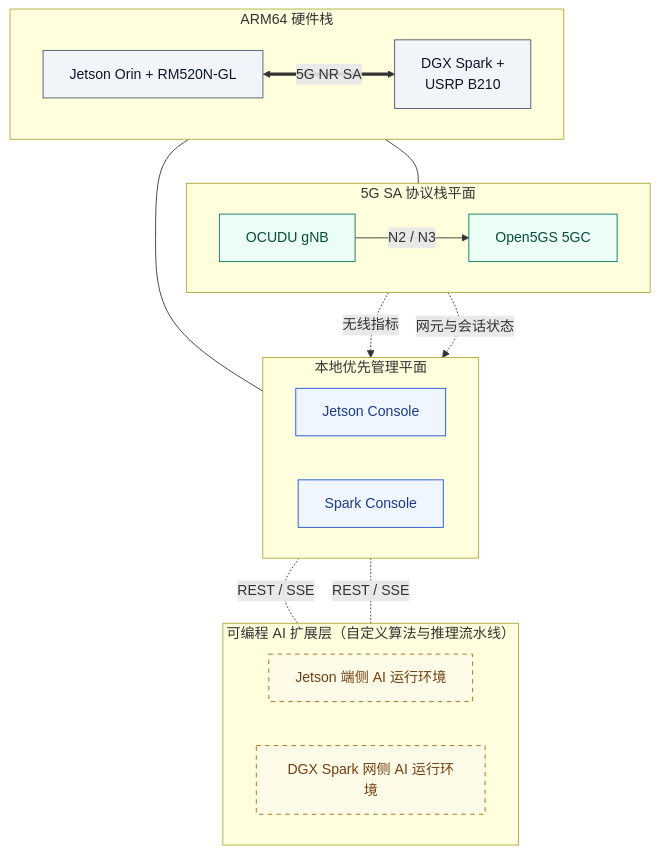
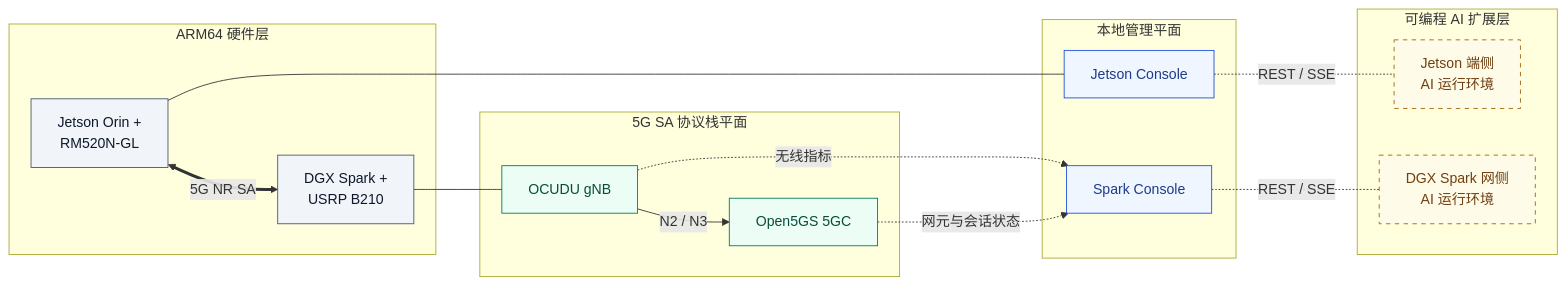
One commit to HKUOpenSource/OpenAirKit changed the diagram in README.zh-CN.md. Above: the diagram before and after it, drawn with Mermaid. The commit also changed 5 other files, not shown here.

Commit message:
docs: switch layered Mermaid diagrams to horizontal LR layout

````diff
--- a/README.zh-CN.md
+++ b/README.zh-CN.md
@@ -47,40 +47,36 @@
 ```mermaid
-flowchart TB
+flowchart LR
   classDef hw fill:#f1f5f9,stroke:#475569,color:#0f172a
   classDef stack fill:#ecfdf5,stroke:#047857,color:#064e3b
   classDef mgmt fill:#eff6ff,stroke:#1d4ed8,color:#1e3a8a
   classDef ai fill:#fefce8,stroke:#a16207,stroke-dasharray:5 5,color:#713f12
 
-  subgraph AI["可编程 AI 扩展层（自定义算法与推理流水线）"]
-    direction LR
-    JAI["Jetson 端侧 AI 运行环境"]:::ai
-    SAI["DGX Spark 网侧 AI 运行环境"]:::ai
-  end
-
-  subgraph MGMT["本地优先管理平面"]
-    direction LR
-    JC["Jetson Console"]:::mgmt
-    SP["Spark Console"]:::mgmt
+  subgraph HW["ARM64 硬件层"]
+    UEHW["Jetson Orin +<br/>RM520N-GL"]:::hw
+    BSHW["DGX Spark +<br/>USRP B210"]:::hw
+    UEHW <== "5G NR SA" ==> BSHW
   end
 
   subgraph STACK["5G SA 协议栈平面"]
-    direction LR
     RAN["OCUDU gNB"]:::stack
     CORE["Open5GS 5GC"]:::stack
     RAN -- "N2 / N3" --> CORE
   end
 
-  subgraph HW["ARM64 硬件栈"]
-    direction LR
-    UEHW["Jetson Orin + RM520N-GL"]:::hw
-    BSHW["DGX Spark +<br/>USRP B210"]:::hw
-    UEHW <== "5G NR SA" ==> BSHW
+  subgraph MGMT["本地管理平面"]
+    JC["Jetson Console"]:::mgmt
+    SP["Spark Console"]:::mgmt
+  end
+
+  subgraph AI["可编程 AI 扩展层"]
+    JAI["Jetson 端侧<br/>AI 运行环境"]:::ai
+    SAI["DGX Spark 网侧<br/>AI 运行环境"]:::ai
   end
 
   UEHW --- JC
   BSHW --- RAN
   RAN -. "无线指标" .-> SP
   CORE -. "网元与会话状态" .-> SP
   JC -. "REST / SSE" .- JAI
   SP -. "REST / SSE" .- SAI
 ```
````
